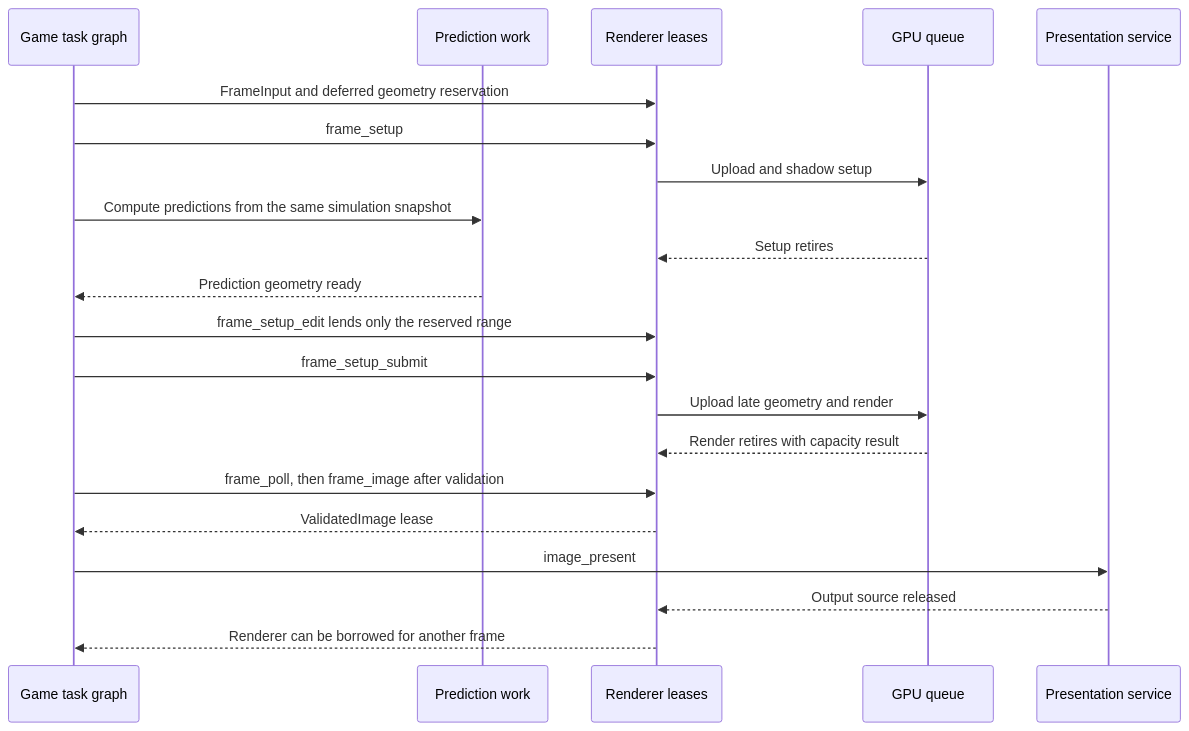
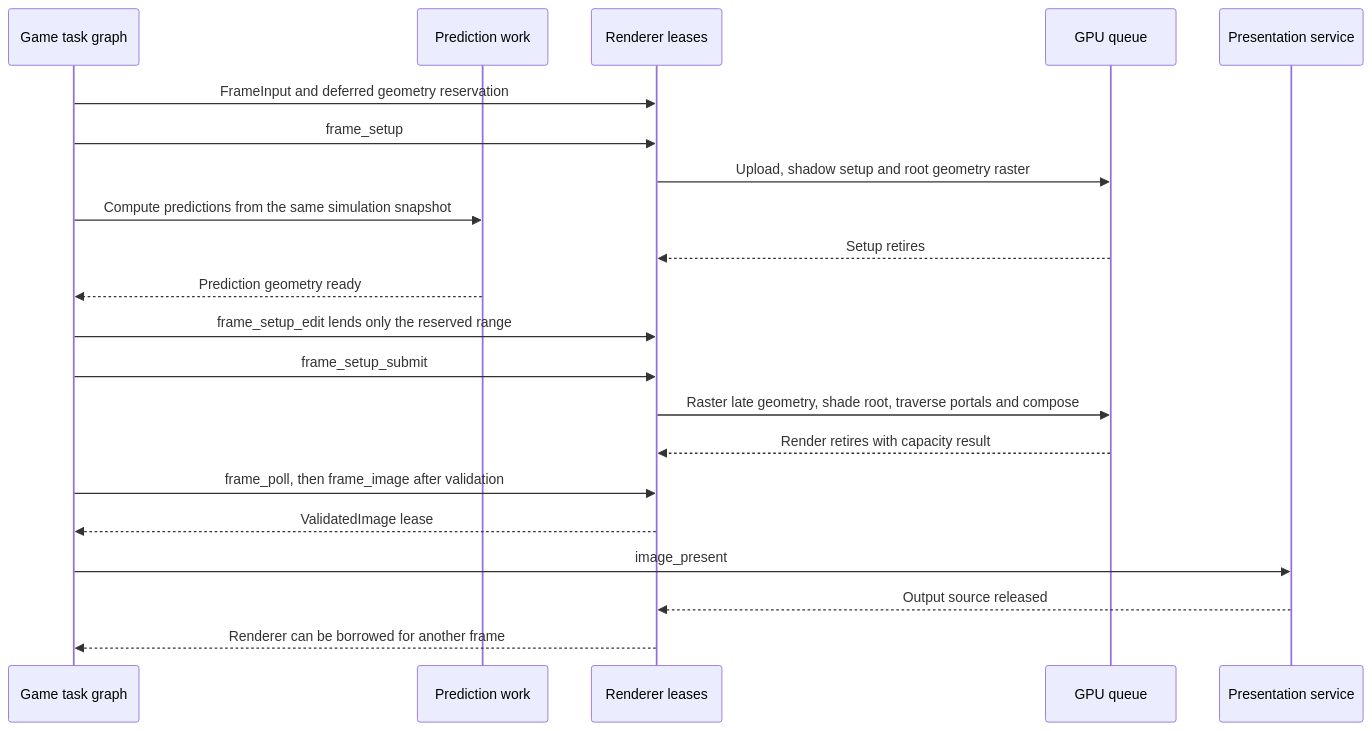
Before and after one commit to Hardcode84/10: the seventh of 8 diagrams in docs/render/rendering.md, drawn with Mermaid. The commit also changed other lines of this file and 22 other files, not shown here.

Commit message:
Overlap prediction with root raster and reduce batch overhead

````diff
--- a/docs/render/rendering.md
+++ b/docs/render/rendering.md
@@ -604,23 +606,23 @@
 ```mermaid
 sequenceDiagram
     participant Game as Game task graph
     participant CPU as Prediction work
     participant R as Renderer leases
     participant GPU as GPU queue
     participant P as Presentation service
     Game->>R: FrameInput and deferred geometry reservation
     Game->>R: frame_setup
-    R->>GPU: Upload and shadow setup
+    R->>GPU: Upload, shadow setup and root geometry raster
     Game->>CPU: Compute predictions from the same simulation snapshot
     GPU-->>R: Setup retires
     CPU-->>Game: Prediction geometry ready
     Game->>R: frame_setup_edit lends only the reserved range
     Game->>R: frame_setup_submit
-    R->>GPU: Upload late geometry and render
+    R->>GPU: Raster late geometry, shade root, traverse portals and compose
     GPU-->>R: Render retires with capacity result
     Game->>R: frame_poll, then frame_image after validation
     R-->>Game: ValidatedImage lease
     Game->>P: image_present
     P-->>R: Output source released
     R-->>Game: Renderer can be borrowed for another frame
 ```
````
